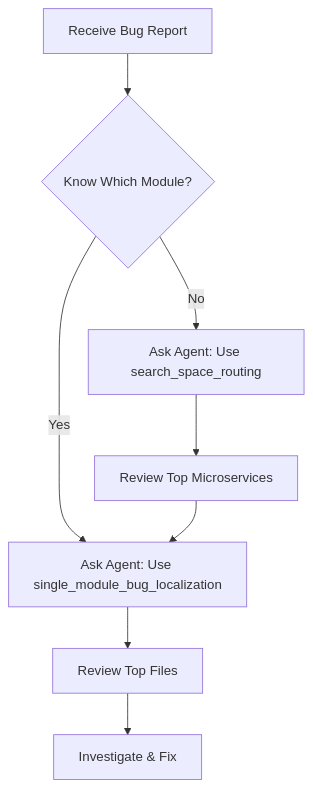
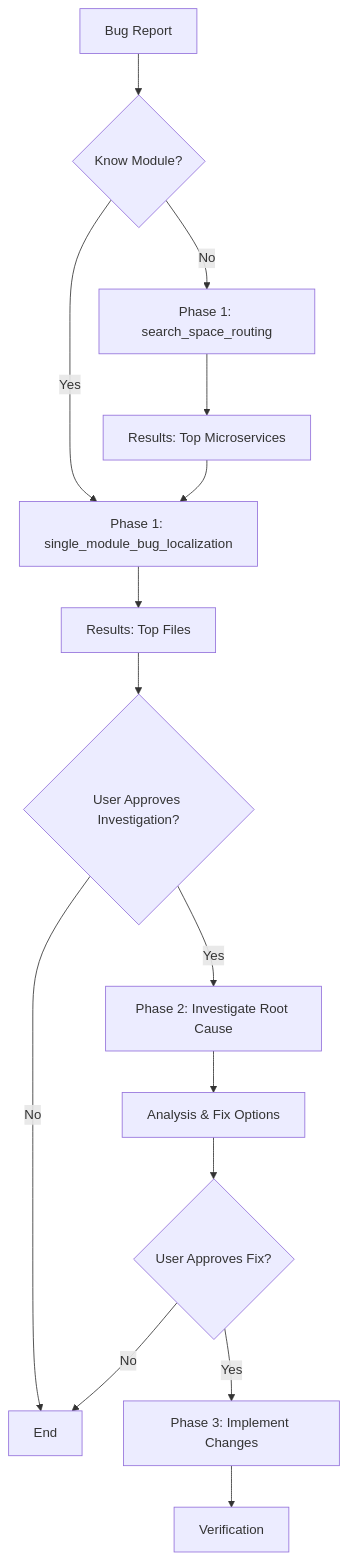
One commit to lokumai/defect-solver-guide changed the diagram in docs/user_guide.md. Above: the diagram before and after it, drawn with Mermaid. The commit also changed other lines of this file, not shown here.

Commit message:
feat(docs): enhance user guide with detailed workflow and approval process for bug resolution

````diff
--- a/docs/user_guide.md
+++ b/docs/user_guide.md
@@ -163,10 +164,17 @@
 ```mermaid
 graph TD
-    A[Receive Bug Report] --> B{Know Which Module?}
-    B -->|No| C[Ask Agent: Use search_space_routing]
-    B -->|Yes| D[Ask Agent: Use single_module_bug_localization]
-    C --> E[Review Top Microservices]
+    A[Bug Report] --> B{Know Module?}
+    B -->|No| C[Phase 1: search_space_routing]
+    B -->|Yes| D[Phase 1: single_module_bug_localization]
+    C --> E[Results: Top Microservices]
     E --> D
-    D --> F[Review Top Files]
-    F --> G[Investigate & Fix]
+    D --> F[Results: Top Files]
+    F --> G{User Approves Investigation?}
+    G -->|Yes| H[Phase 2: Investigate Root Cause]
+    G -->|No| I[End]
+    H --> J[Analysis & Fix Options]
+    J --> K{User Approves Fix?}
+    K -->|Yes| L[Phase 3: Implement Changes]
+    K -->|No| I
+    L --> M[Verification]
 ```
````
